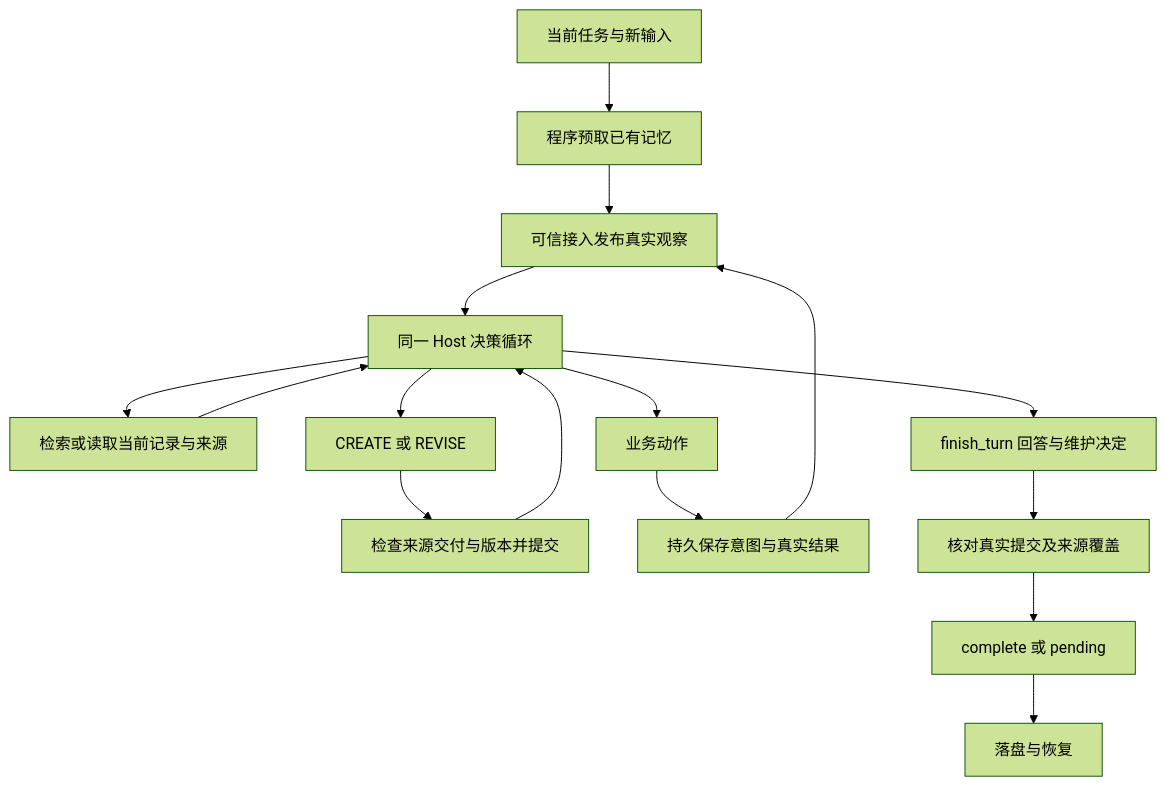
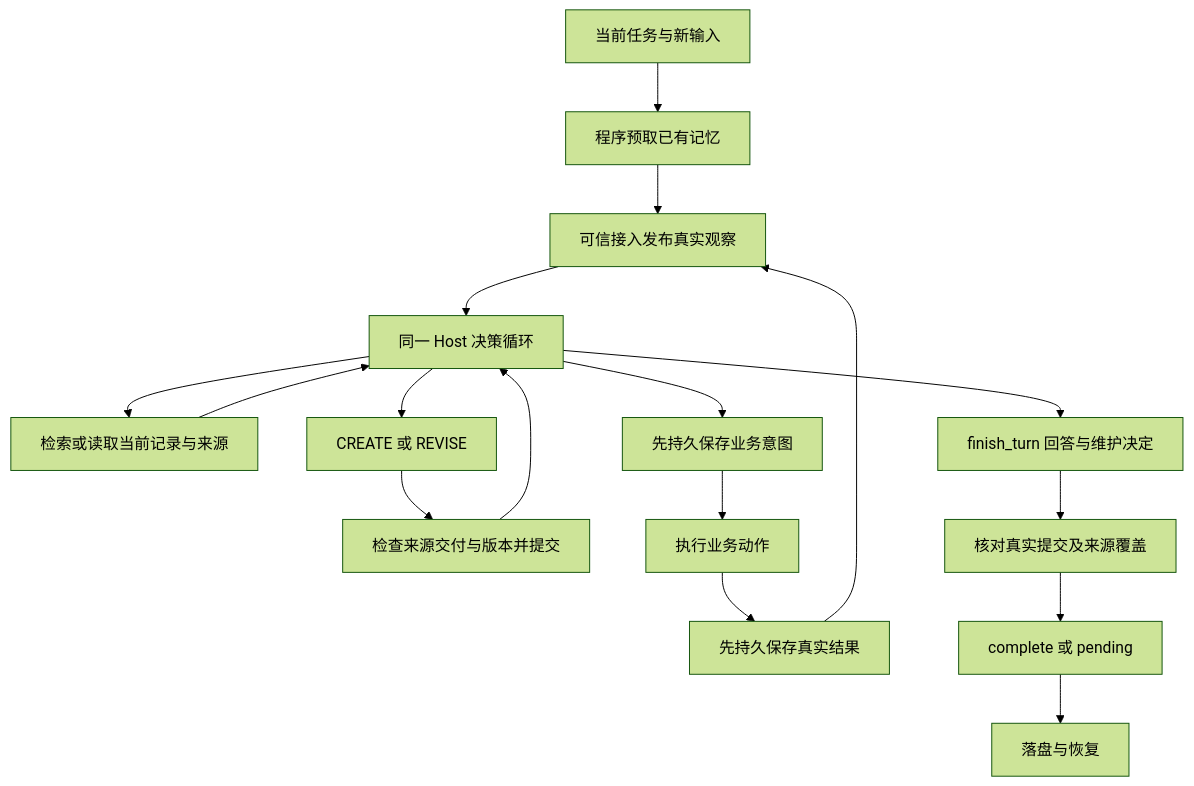
The diagram in MiLAi-Lab/docs/MILA_CONTEXTUAL_USER_MEMORY_V8_EXPERIMENT_REPORT_20260925.md (minguselandy/MiLAi), drawn with Mermaid (forest theme) before and after one commit. The commit also changed other lines of this file, not shown here.

Commit message:
Clarify v8 business action sequencing
Show the persisted intent before the business action and the persisted result after it in the report diagram; clarify the upstream episode-boundary workflow.

````diff
--- a/MiLAi-Lab/docs/MILA_CONTEXTUAL_USER_MEMORY_V8_EXPERIMENT_REPORT_20260925.md
+++ b/MiLAi-Lab/docs/MILA_CONTEXTUAL_USER_MEMORY_V8_EXPERIMENT_REPORT_20260925.md
@@ -74,18 +74,19 @@
 ```mermaid
 flowchart TD
     Q[当前任务与新输入] --> P[程序预取已有记忆]
     P --> O[可信接入发布真实观察]
     O --> H[同一 Host 决策循环]
     H --> R[检索或读取当前记录与来源]
     R --> H
     H --> W[CREATE 或 REVISE]
     W --> V[检查来源交付与版本并提交]
     V --> H
-    H --> B[业务动作]
-    B --> J[持久保存意图与真实结果]
+    H --> I[先持久保存业务意图]
+    I --> B[执行业务动作]
+    B --> J[先持久保存真实结果]
     J --> O
     H --> F[finish_turn 回答与维护决定]
     F --> C[核对真实提交及来源覆盖]
     C --> D[complete 或 pending]
     D --> S[落盘与恢复]
 ```
````
